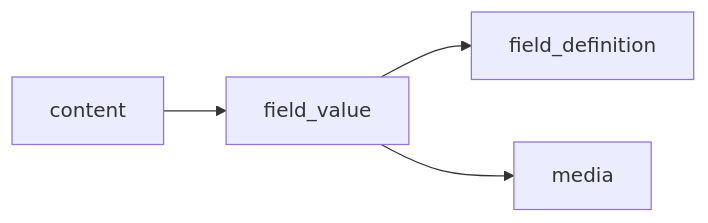
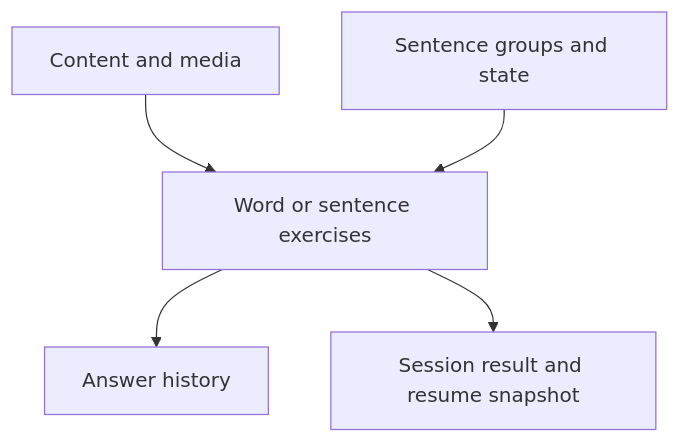
One commit to Antoine-Lagache/psitta changed the diagram in docs/architecture/persistence_layer/database.md. Above: the diagram before and after it, drawn with Mermaid. The commit also changed other lines of this file and 25 other files, not shown here.

````diff
--- a/docs/architecture/persistence_layer/database.md
+++ b/docs/architecture/persistence_layer/database.md
@@ -99,6 +11,7 @@
 ```mermaid
-flowchart LR
-    CONTENT["content"] --> VALUES["field_value"]
-    VALUES --> DEFINITION["field_definition"]
-    VALUES --> MEDIA["media"]
+flowchart TD
+    CONTENT["Content and media"] --> EXERCISES["Word or sentence exercises"]
+    SENTENCES["Sentence groups and state"] --> EXERCISES
+    EXERCISES --> HISTORY["Answer history"]
+    EXERCISES --> SESSION["Session result and resume snapshot"]
 ```
````
